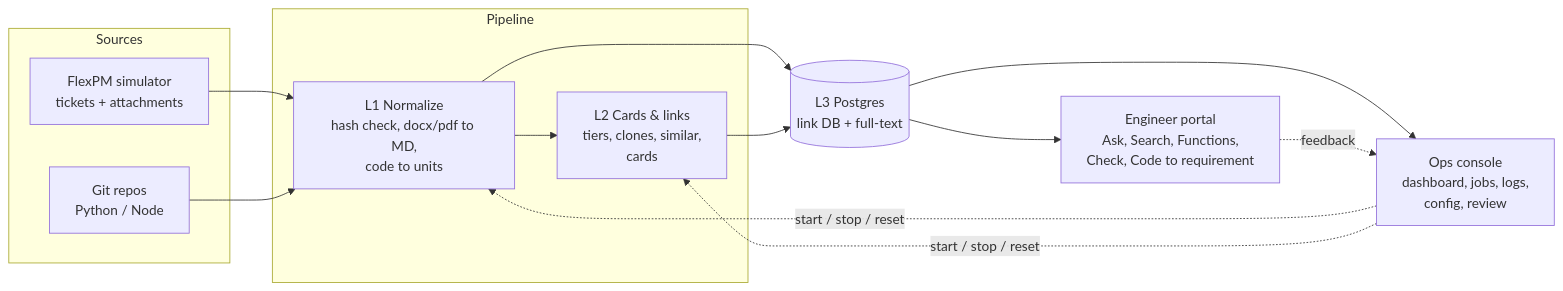
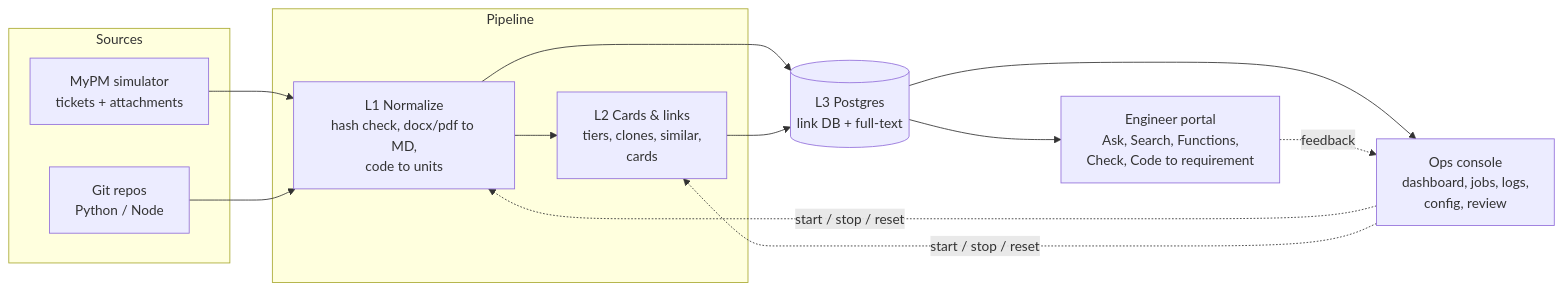
Before and after one commit to ianyian/ozKB: the diagram in README.md, drawn with Mermaid. The commit also changed other lines of this file and 19 other files, not shown here.

````diff
--- a/README.md
+++ b/README.md
@@ -104,24 +104,24 @@
 ```mermaid
 flowchart LR
   subgraph Sources
-    F[FlexPM simulator<br/>tickets + attachments]
+    F[MyPM simulator<br/>tickets + attachments]
     G[Git repos<br/>Python / Node]
   end
   subgraph Pipeline
     L1[L1 Normalize<br/>hash check, docx/pdf to MD,<br/>code to units]
     L2[L2 Cards & links<br/>tiers, clones, similar,<br/>cards]
   end
   DB[(L3 Postgres<br/>link DB + full-text)]
   P[Engineer portal<br/>Ask, Search, Functions,<br/>Check, Code to requirement]
   O[Ops console<br/>dashboard, jobs, logs,<br/>config, review]
   F --> L1
   G --> L1
   L1 --> L2
   L1 --> DB
   L2 --> DB
   DB --> P
   DB --> O
   O -. start / stop / reset .-> L1
   O -. start / stop / reset .-> L2
   P -. feedback .-> O
 ```
````
